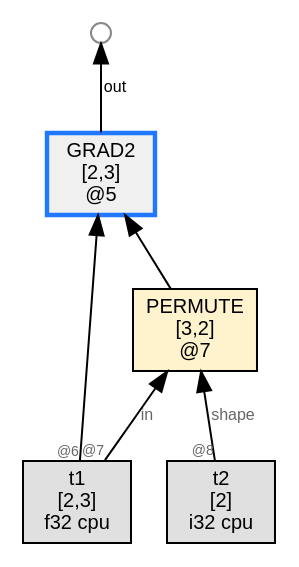
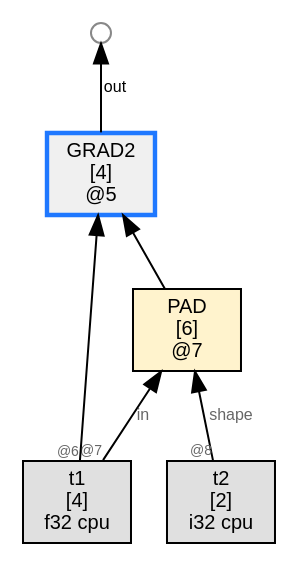
The diagram in wl/examples/thvm_graphs/grad_rules/gradu_poly/thvm_0_pre_reduce.dot (sw1sh/TinyHVM), drawn with Graphviz before and after one commit. The commit also changed 3 other files, not shown here.

First line of the commit message:
grad: 103/104 — add shrink/pad/expand/mse e2e, expand+mse disabled (hit reshape assert)

```diff
--- a/wl/examples/thvm_graphs/grad_rules/gradu_poly/thvm_0_pre_reduce.dot
+++ b/wl/examples/thvm_graphs/grad_rules/gradu_poly/thvm_0_pre_reduce.dot
@@ -1,16 +1,16 @@
 digraph G {
   rankdir=BT;
   node [fontname="Helvetica", fontsize=10, style=filled, shape=box, margin="0.1,0.05"];
   edge [fontsize=8, fontname="Helvetica"];
 
-  n7 [label="PERMUTE\n[3,2]\n@7", shape=box, fillcolor="#fff3cd"];
-  t1 [label="t1\n[2,3]\nf32 cpu",shape=box,fillcolor="#e0e0e0"];
+  n7 [label="PAD\n[6]\n@7", shape=box, fillcolor="#fff3cd"];
+  t1 [label="t1\n[4]\nf32 cpu",shape=box,fillcolor="#e0e0e0"];
   t1 -> n7 [label="in",taillabel="@7",labelfontsize=7,fontcolor="#666666"];
   t2 [label="t2\n[2]\ni32 cpu",shape=box,fillcolor="#e0e0e0"];
   t2 -> n7 [label="shape",taillabel="@8",labelfontsize=7,fontcolor="#666666"];
-  n5 [label="GRAD2\n[2,3]\n@5", shape=box, fillcolor="#f0f0f0",color="#1f78ff",penwidth=2.2];
+  n5 [label="GRAD2\n[4]\n@5", shape=box, fillcolor="#f0f0f0",color="#1f78ff",penwidth=2.2];
   n7 -> n5 [label=""];
   t1 -> n5 [label="",taillabel="@6",labelfontsize=7,fontcolor="#666666"];
   free5_1000 [label="",shape=circle,width=0.14,height=0.14,fixedsize=true,fillcolor="#ffffff",color="#888888",fontsize=1];
   n5 -> free5_1000 [label="out"];
 }
```
